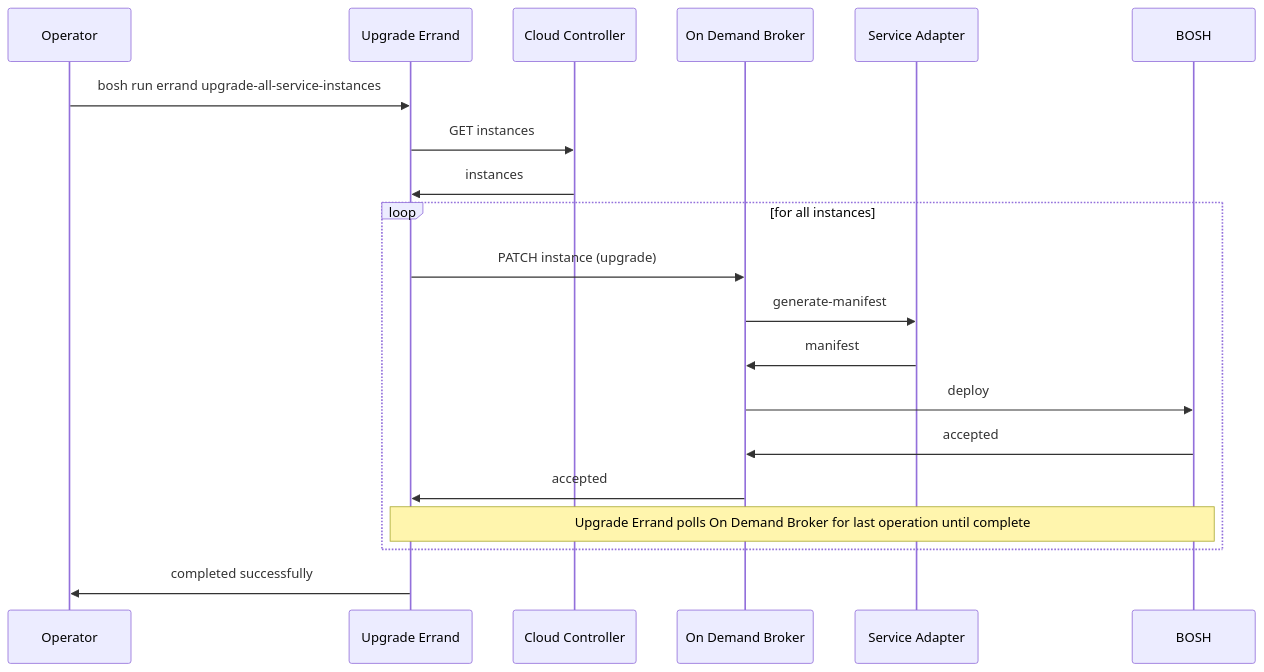
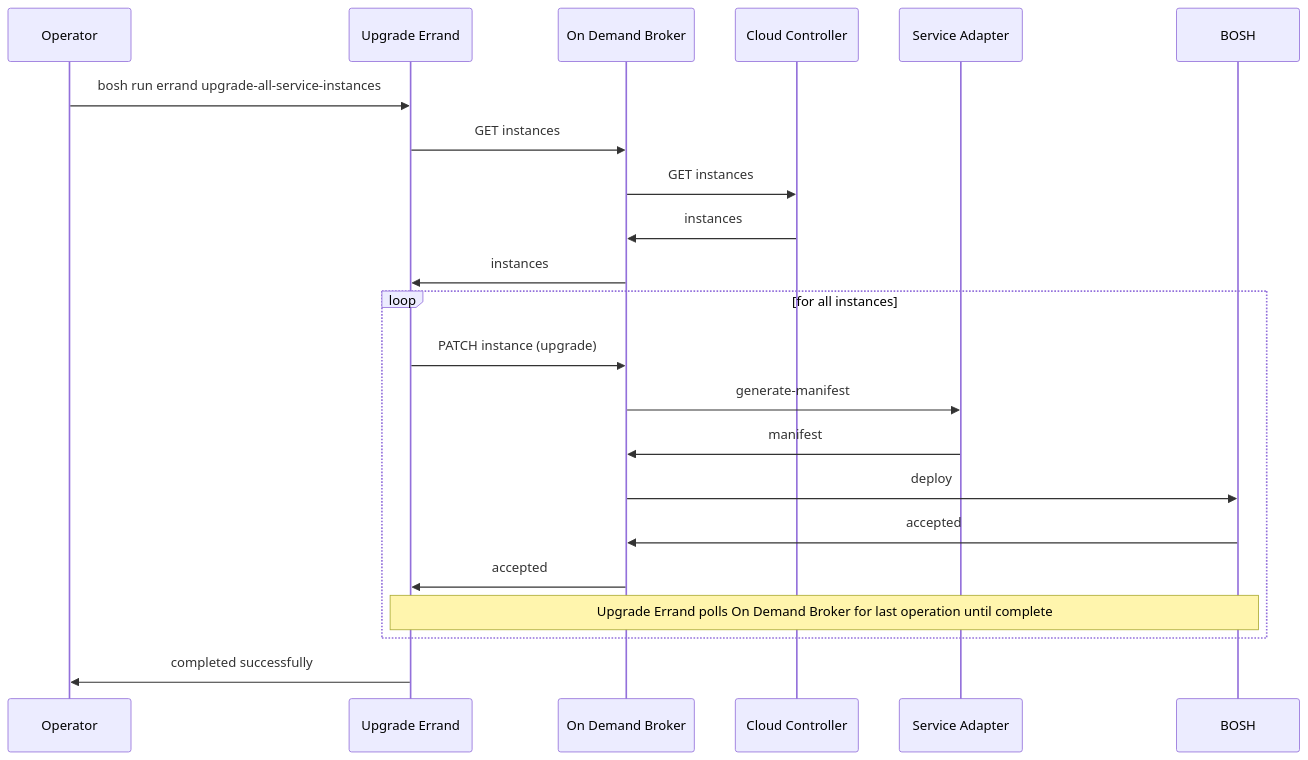
Before and after one commit to pivotal-cf/docs-on-demand-service-broker: the diagram in mmd/upgrade_all_instances_workflow.mmd, drawn with Mermaid.

Commit message:
Fix diagram to show correct instances query
[#153989395]

```diff
--- a/mmd/upgrade_all_instances_workflow.mmd
+++ b/mmd/upgrade_all_instances_workflow.mmd
@@ -1,16 +1,18 @@
 <div class="mermaid">
 sequenceDiagram
   Operator->>Upgrade Errand:bosh run errand upgrade-all-service-instances
-  Upgrade Errand->>Cloud Controller:GET instances
-  Cloud Controller->>Upgrade Errand:instances
+  Upgrade Errand->>On Demand Broker:GET instances
+  On Demand Broker->>Cloud Controller:GET instances
+  Cloud Controller->>On Demand Broker:instances
+  On Demand Broker->>Upgrade Errand:instances
   loop for all instances
     Upgrade Errand->>On Demand Broker: PATCH instance (upgrade)
     On Demand Broker->>Service Adapter: generate-manifest
     Service Adapter->>On Demand Broker: manifest
     On Demand Broker->>BOSH: deploy
     BOSH->>On Demand Broker: accepted
     On Demand Broker->>Upgrade Errand: accepted
     Note over Upgrade Errand,BOSH: Upgrade Errand polls On Demand Broker for last operation until complete
   end
   Upgrade Errand->>Operator:completed successfully
 </div>
```
